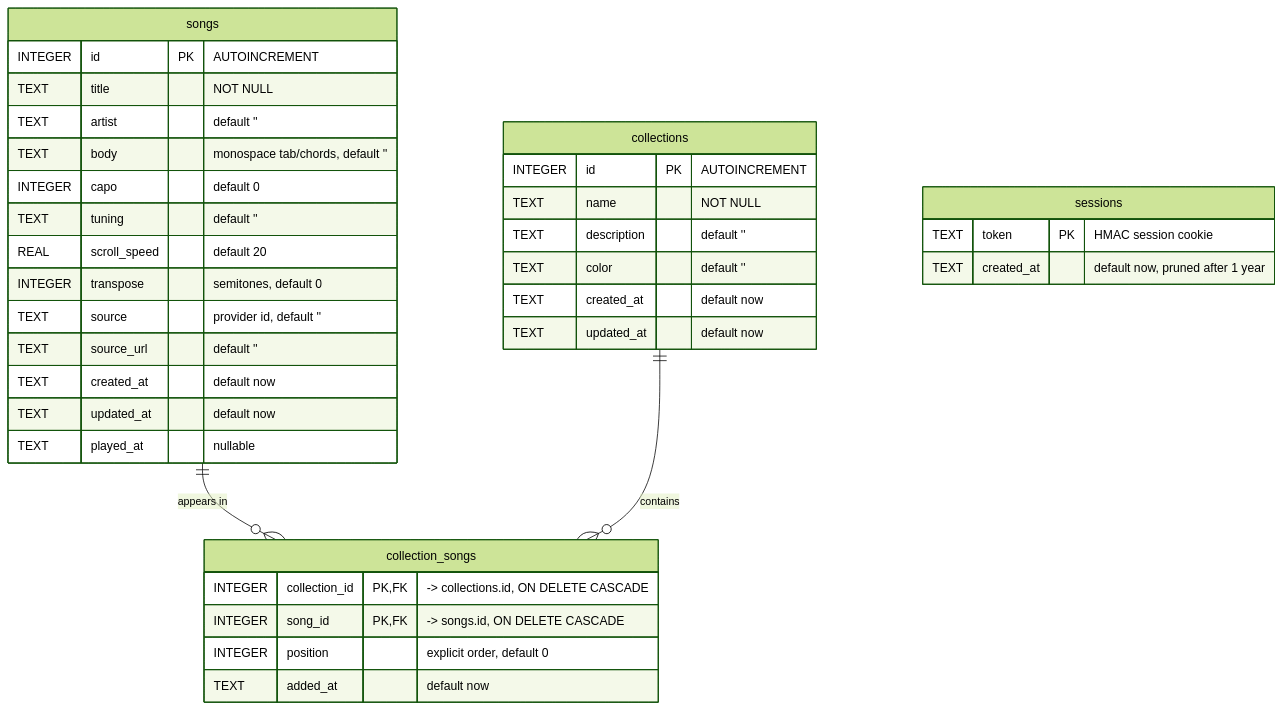
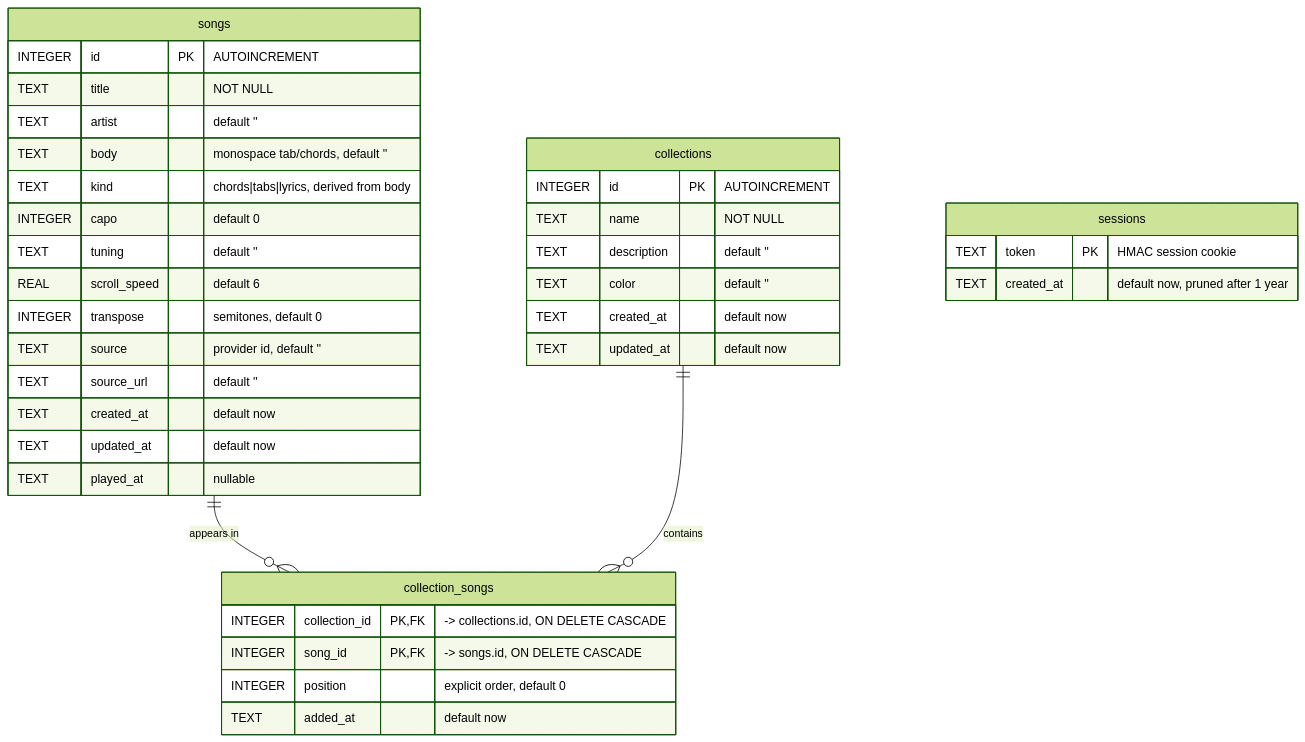
Before and after one commit to miguelplanas/open-tabs: the diagram in README.md, drawn with Mermaid (forest theme). The commit also changed other lines of this file and 10 other files, not shown here.

````diff
--- a/README.md
+++ b/README.md
@@ -30,42 +33,43 @@
 ```mermaid
 erDiagram
     songs ||--o{ collection_songs : "appears in"
     collections ||--o{ collection_songs : "contains"
 
     songs {
         INTEGER id PK "AUTOINCREMENT"
         TEXT title "NOT NULL"
         TEXT artist "default ''"
         TEXT body "monospace tab/chords, default ''"
+        TEXT kind "chords|tabs|lyrics, derived from body"
         INTEGER capo "default 0"
         TEXT tuning "default ''"
-        REAL scroll_speed "default 20"
+        REAL scroll_speed "default 6"
         INTEGER transpose "semitones, default 0"
         TEXT source "provider id, default ''"
         TEXT source_url "default ''"
         TEXT created_at "default now"
         TEXT updated_at "default now"
         TEXT played_at "nullable"
     }
 
     collections {
         INTEGER id PK "AUTOINCREMENT"
         TEXT name "NOT NULL"
         TEXT description "default ''"
         TEXT color "default ''"
         TEXT created_at "default now"
         TEXT updated_at "default now"
     }
 
     collection_songs {
         INTEGER collection_id PK,FK "-> collections.id, ON DELETE CASCADE"
         INTEGER song_id PK,FK "-> songs.id, ON DELETE CASCADE"
         INTEGER position "explicit order, default 0"
         TEXT added_at "default now"
     }
 
     sessions {
         TEXT token PK "HMAC session cookie"
         TEXT created_at "default now, pruned after 1 year"
     }
 ```
````
